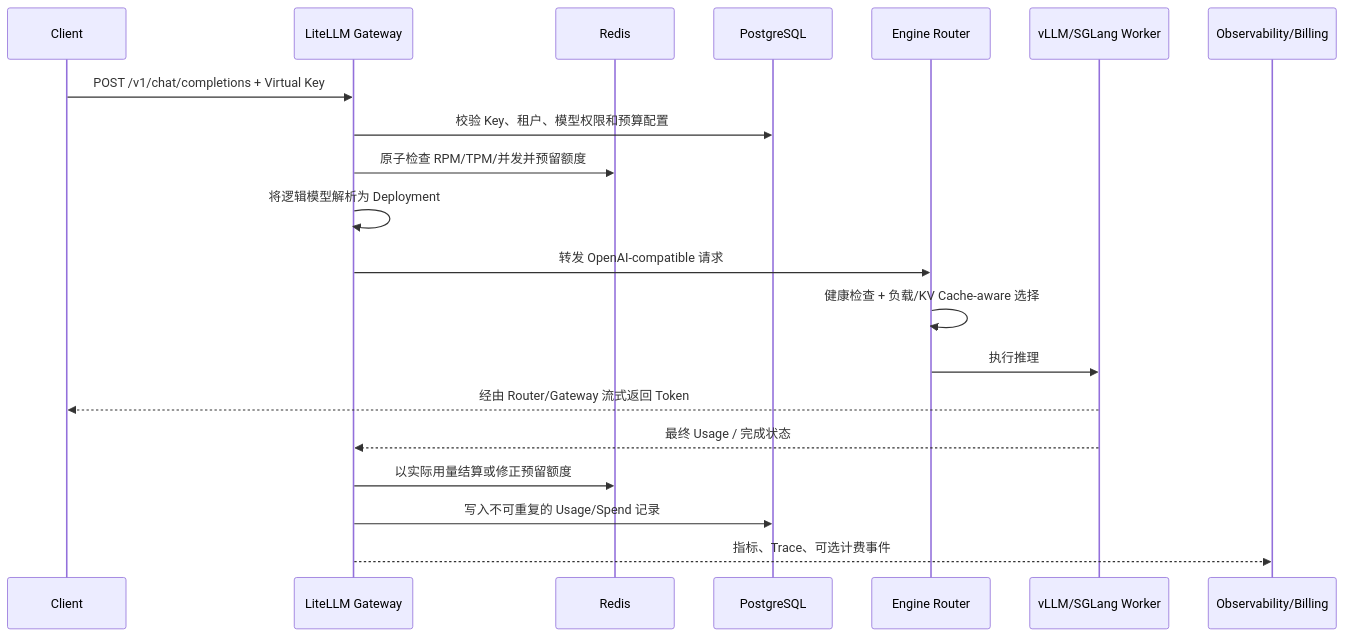
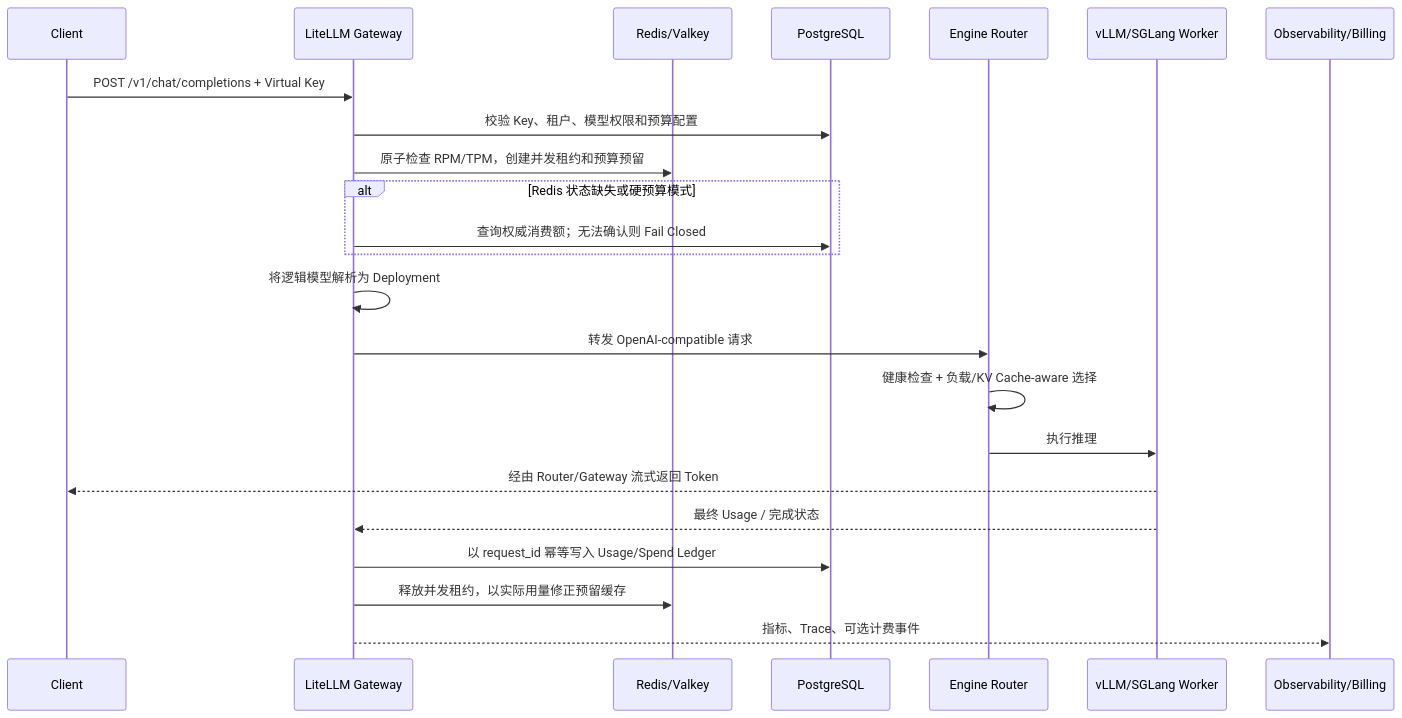
One commit to hotttao/backup changed the second of 2 diagrams in posts/aigc/llm_engine/021_llm_inference_platform.md. Above: the diagram before and after it, drawn with Mermaid. The commit also changed other lines of this file and 24 other files, not shown here.

````diff
--- a/posts/aigc/llm_engine/021_llm_inference_platform.md
+++ b/posts/aigc/llm_engine/021_llm_inference_platform.md
@@ -257,23 +290,26 @@
 ```mermaid
 sequenceDiagram
     participant C as Client
     participant G as LiteLLM Gateway
-    participant R as Redis
+    participant R as Redis/Valkey
     participant P as PostgreSQL
     participant MR as Engine Router
     participant W as vLLM/SGLang Worker
     participant O as Observability/Billing
 
     C->>G: POST /v1/chat/completions + Virtual Key
     G->>P: 校验 Key、租户、模型权限和预算配置
-    G->>R: 原子检查 RPM/TPM/并发并预留额度
+    G->>R: 原子检查 RPM/TPM，创建并发租约和预算预留
+    alt Redis 状态缺失或硬预算模式
+        G->>P: 查询权威消费额；无法确认则 Fail Closed
+    end
     G->>G: 将逻辑模型解析为 Deployment
     G->>MR: 转发 OpenAI-compatible 请求
     MR->>MR: 健康检查 + 负载/KV Cache-aware 选择
     MR->>W: 执行推理
     W-->>C: 经由 Router/Gateway 流式返回 Token
     W-->>G: 最终 Usage / 完成状态
-    G->>R: 以实际用量结算或修正预留额度
-    G->>P: 写入不可重复的 Usage/Spend 记录
+    G->>P: 以 request_id 幂等写入 Usage/Spend Ledger
+    G->>R: 释放并发租约，以实际用量修正预留缓存
     G-->>O: 指标、Trace、可选计费事件
 ```
````
